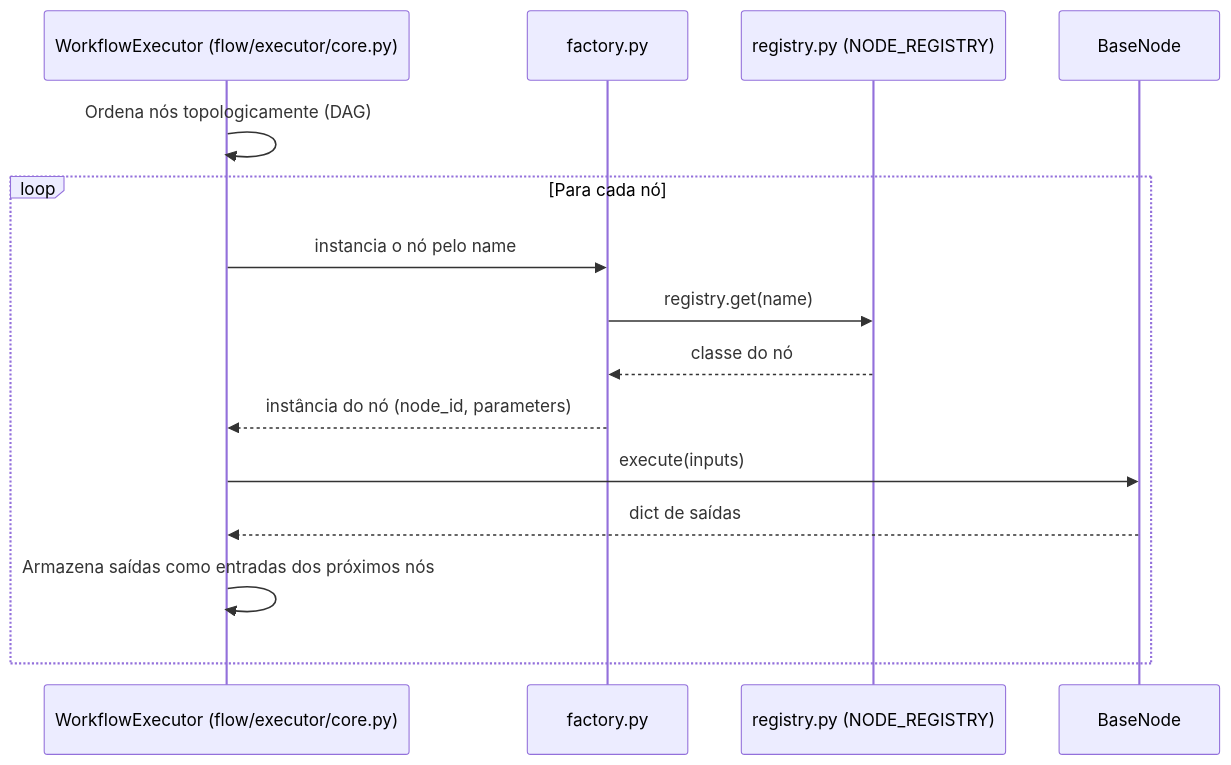
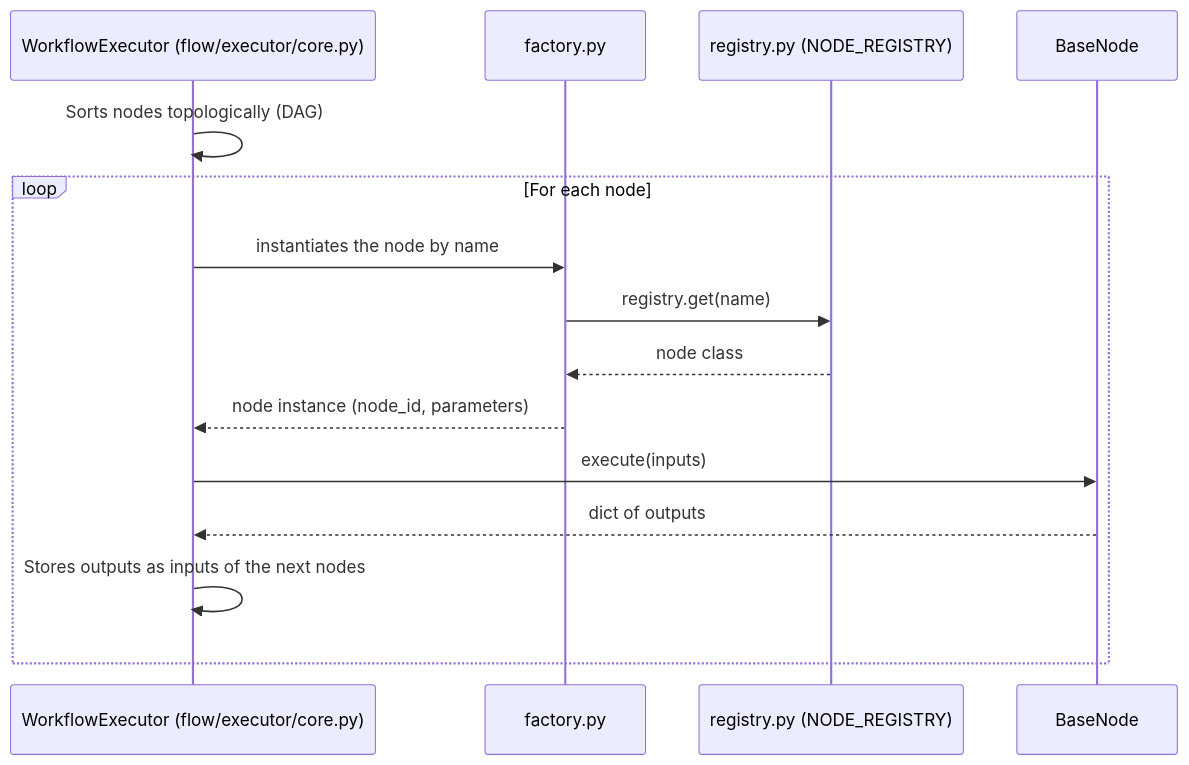
One commit to jlanio/atlans changed the first of 2 diagrams in CONTRIBUTING.md. Above: the diagram before and after it, drawn with Mermaid. The commit also changed other lines of this file and 41 other files, not shown here.

````diff
--- a/CONTRIBUTING.md
+++ b/CONTRIBUTING.md
@@ -484,18 +484,18 @@
 ```mermaid
 sequenceDiagram
     participant Executor as WorkflowExecutor (flow/executor/core.py)
     participant Factory as factory.py
     participant Registry as registry.py (NODE_REGISTRY)
     participant Node as BaseNode
 
-    Executor->>Executor: Ordena nós topologicamente (DAG)
-    loop Para cada nó
-        Executor->>Factory: instancia o nó pelo name
+    Executor->>Executor: Sorts nodes topologically (DAG)
+    loop For each node
+        Executor->>Factory: instantiates the node by name
         Factory->>Registry: registry.get(name)
-        Registry-->>Factory: classe do nó
-        Factory-->>Executor: instância do nó (node_id, parameters)
+        Registry-->>Factory: node class
+        Factory-->>Executor: node instance (node_id, parameters)
         Executor->>Node: execute(inputs)
-        Node-->>Executor: dict de saídas
-        Executor->>Executor: Armazena saídas como entradas dos próximos nós
+        Node-->>Executor: dict of outputs
+        Executor->>Executor: Stores outputs as inputs of the next nodes
     end
 ```
````
